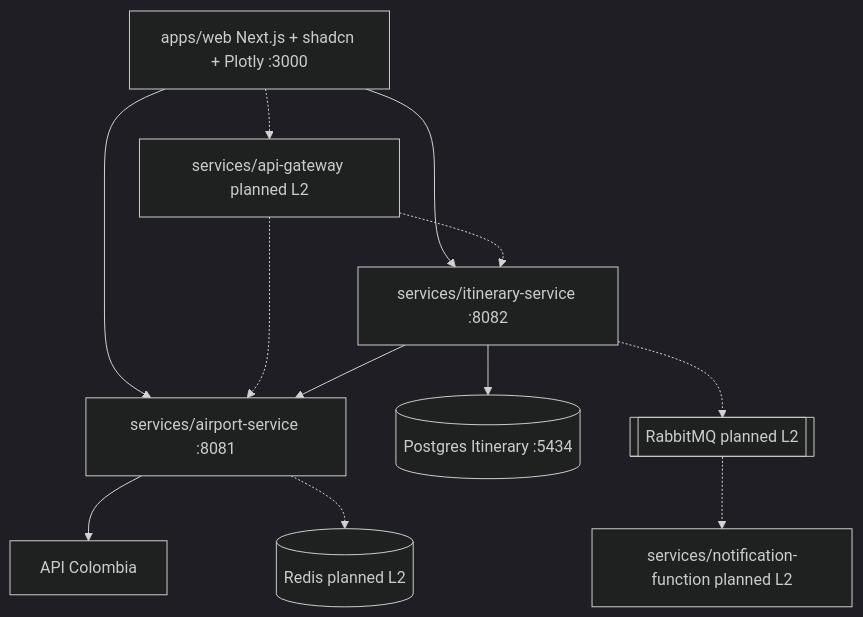
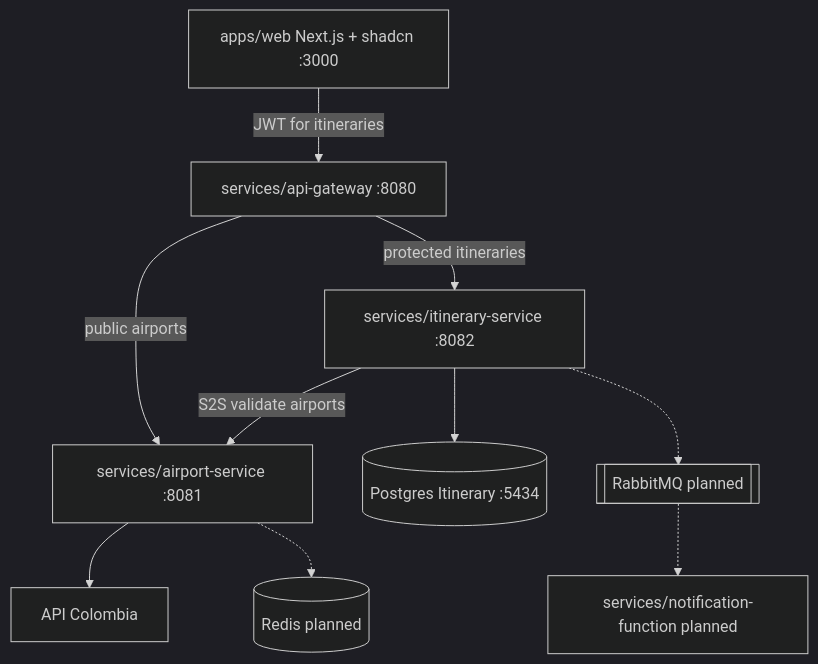
One commit to bue221/proyecto-arquitectura-software-emergente changed the diagram in docs/03-diagrams/components.md. Above: the diagram before and after it, drawn with Mermaid (dark theme). The commit also changed other lines of this file and 32 other files, not shown here.

First line of the commit message:
feat(gateway): add API gateway with JWT, rate limit, and proxy routing

````diff
--- a/docs/03-diagrams/components.md
+++ b/docs/03-diagrams/components.md
@@ -3,26 +3,22 @@
 ```mermaid
 flowchart TB
-  WEB[apps/web Next.js + shadcn + Plotly :3000]
-
-  GW[services/api-gateway planned L2]
+  WEB[apps/web Next.js + shadcn :3000]
+  GW[services/api-gateway :8080]
   AIR[services/airport-service :8081]
   ITI[services/itinerary-service :8082]
-  NF[services/notification-function planned L2]
-
+  NF[services/notification-function planned]
   PG2[(Postgres Itinerary :5434)]
-  REDIS[(Redis planned L2)]
-  RMQ[[RabbitMQ planned L2]]
+  REDIS[(Redis planned)]
+  RMQ[[RabbitMQ planned]]
   COL[API Colombia]
 
-  WEB --> AIR
-  WEB --> ITI
-  WEB -.-> GW
-  GW -.-> AIR
-  GW -.-> ITI
-  ITI --> AIR
+  WEB -->|JWT for itineraries| GW
+  GW -->|public airports| AIR
+  GW -->|protected itineraries| ITI
+  ITI -->|S2S validate airports| AIR
   AIR --> COL
   AIR -.-> REDIS
   ITI --> PG2
   ITI -.-> RMQ
   RMQ -.-> NF
 ```
````
